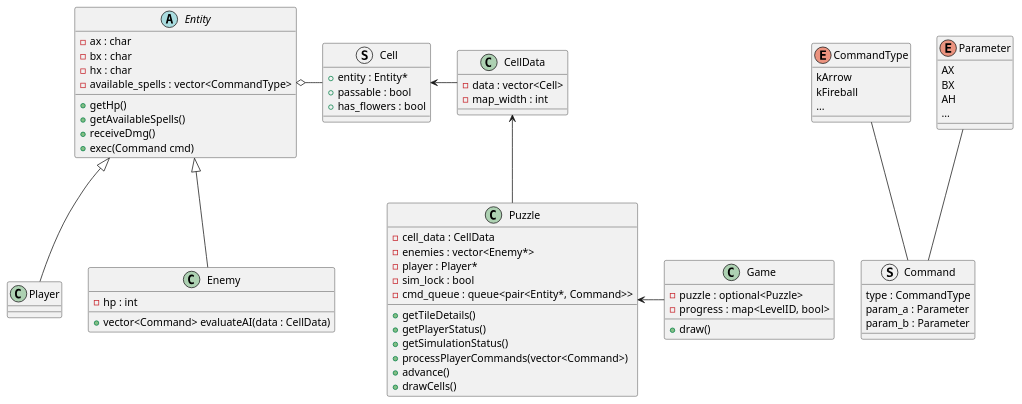
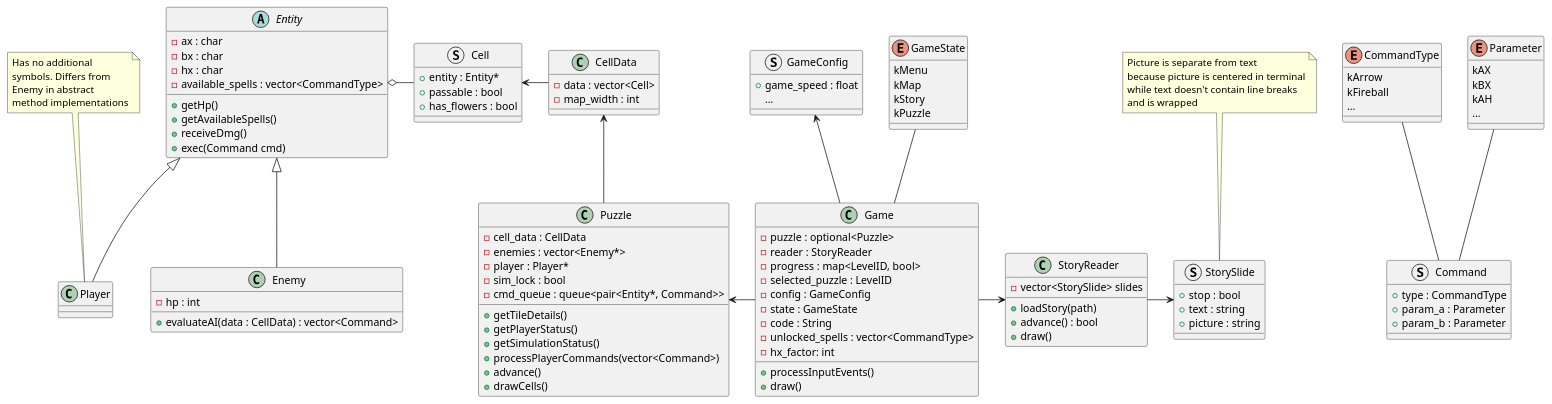
The diagram in UML/domain_model.puml (axlitEels/LeetWizards), drawn with PlantUML before and after one commit.

```diff
--- a/UML/domain_model.puml
+++ b/UML/domain_model.puml
@@ -1,78 +1,128 @@
 @startuml
+struct GameConfig {
+    + game_speed : float
+    ...
+}
+GameConfig <-- Game
+
+enum GameState {
+    kMenu
+    kMap
+    kStory
+    kPuzzle
+}
+GameState -- Game
+
+struct StorySlide {
+    + stop : bool
+    + text : string
+    + picture : string
+}
+note top
+Picture is separate from text
+because picture is centered in terminal
+while text doesn't contain line breaks
+and is wrapped
+end note
+
+class StoryReader {
+    - vector<StorySlide> slides
+    + loadStory(path)
+    + advance() : bool
+    + draw()
+}
 
 class Game {
     - puzzle : optional<Puzzle>
+    - reader : StoryReader
     - progress : map<LevelID, bool>
+    - selected_puzzle : LevelID
+    - config : GameConfig
+    - state : GameState
+    - code : String
+    - unlocked_spells : vector<CommandType>
+    - hx_factor: int
+    + processInputEvents()
     + draw()
 }
 Puzzle <- Game
 
 struct Cell {
     + entity : Entity*
     + passable : bool
     + has_flowers : bool
 }
 Cell <- CellData
 
 class CellData {
     - data : vector<Cell>
     - map_width : int
 }
 CellData <-- Puzzle
 class Puzzle {
     - cell_data : CellData
     - enemies : vector<Enemy*>
     - player : Player*
     - sim_lock : bool
     - cmd_queue : queue<pair<Entity*, Command>>
     + getTileDetails()
     + getPlayerStatus()
     + getSimulationStatus()
     + processPlayerCommands(vector<Command>)
     + advance()
     + drawCells()
 }
 
 enum CommandType {
     kArrow
     kFireball
     ...
 }
 
 enum Parameter {
-    AX
-    BX
-    AH
+    kAX
+    kBX
+    kAH
     ...
 }
 
 struct Command {
-    type : CommandType
-    param_a : Parameter
-    param_b : Parameter
+    + type : CommandType
+    + param_a : Parameter
+    + param_b : Parameter
 }
 CommandType -- Command
 Parameter -- Command
 
 abstract class Entity {
     - ax : char
     - bx : char
     - hx : char
     - available_spells : vector<CommandType>
     + getHp()
     + getAvailableSpells()
     + receiveDmg()
     + exec(Command cmd)
 }
 Entity o- Cell
 
 class Player
+note top
+Has no additional
+symbols. Differs from
+Enemy in abstract
+method implementations
+end note
 Entity <|-- Player
+
 
 class Enemy {
     - hp : int
-    + vector<Command> evaluateAI(data : CellData)
+    + evaluateAI(data : CellData) : vector<Command>
 }
 Entity <|-- Enemy
 
+Game -> StoryReader
+StoryReader -> StorySlide
+
 @enduml
```
